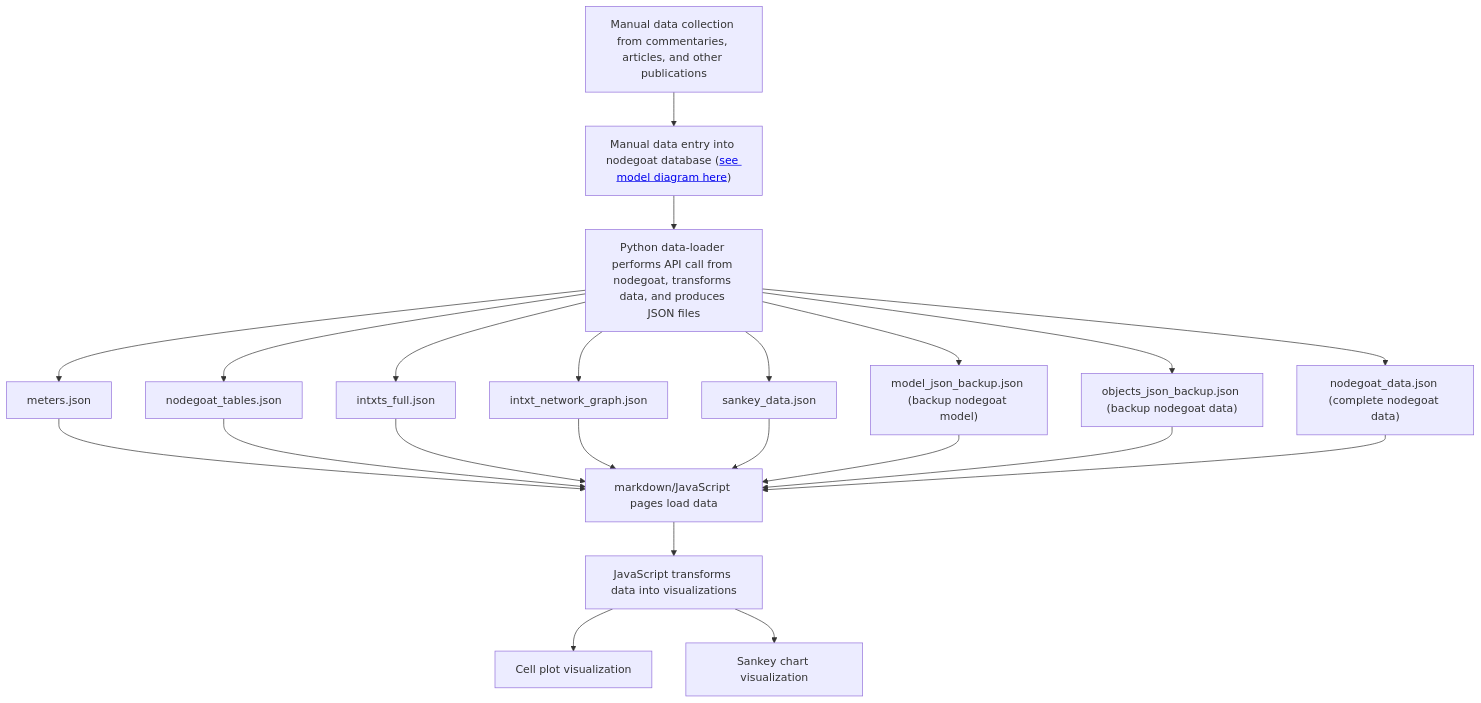
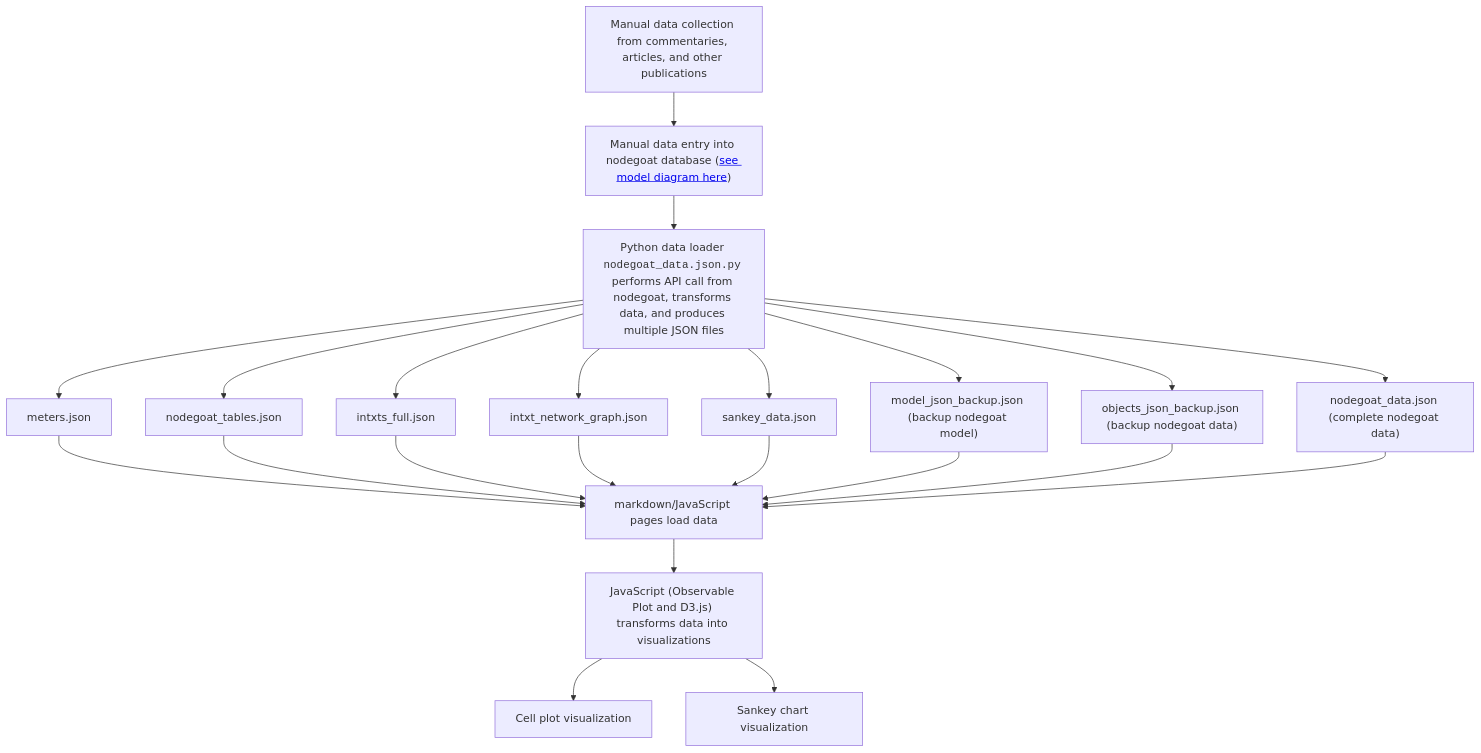
The diagram in README.md (dkrasne/visualizing_intertextuality), drawn with Mermaid before and after one commit. The commit also changed other lines of this file, not shown here.

````diff
--- a/README.md
+++ b/README.md
@@ -31,30 +33,30 @@
 ```mermaid
 flowchart TD;
 	data[Manual data collection from commentaries, articles, and other publications]
 	nodegoat["Manual data entry into nodegoat database (<a href="https://pratt.darcykrasne.com/Portfolio/viz_intxt/nodegoat_model_2025-3-13.png">see model diagram here</a>)"]
-	python[Python data-loader performs API call from nodegoat, transforms data, and produces JSON files]
+	python["Python data loader <code>nodegoat_data.json.py</code> performs API call from nodegoat, transforms data, and produces multiple JSON files"]
 	file1[meters.json]
 	file2[nodegoat_tables.json]
 	file3[intxts_full.json]
 	file4[intxt_network_graph.json]
 	file5[sankey_data.json]
 	file6["model_json_backup.json (backup nodegoat model)"]
 	file7["objects_json_backup.json (backup nodegoat data)"]
 	file8["nodegoat_data.json (complete nodegoat data)"]
 	load[markdown/JavaScript pages load data]
-	scripts[JavaScript transforms data into visualizations]
+	scripts["JavaScript (Observable Plot and D3.js) transforms data into visualizations"]
     viz_cell[Cell plot visualization]
     viz_sankey[Sankey chart visualization]
 	data --> nodegoat --> python
 	python --> file1 --> load
 	python --> file2 --> load
 	python --> file3 --> load
 	python --> file4 --> load
 	python --> file5 --> load
 	python --> file6 --> load
 	python --> file7 --> load
 	python --> file8 --> load
 	load --> scripts
     scripts --> viz_cell
     scripts --> viz_sankey
 ```
````
